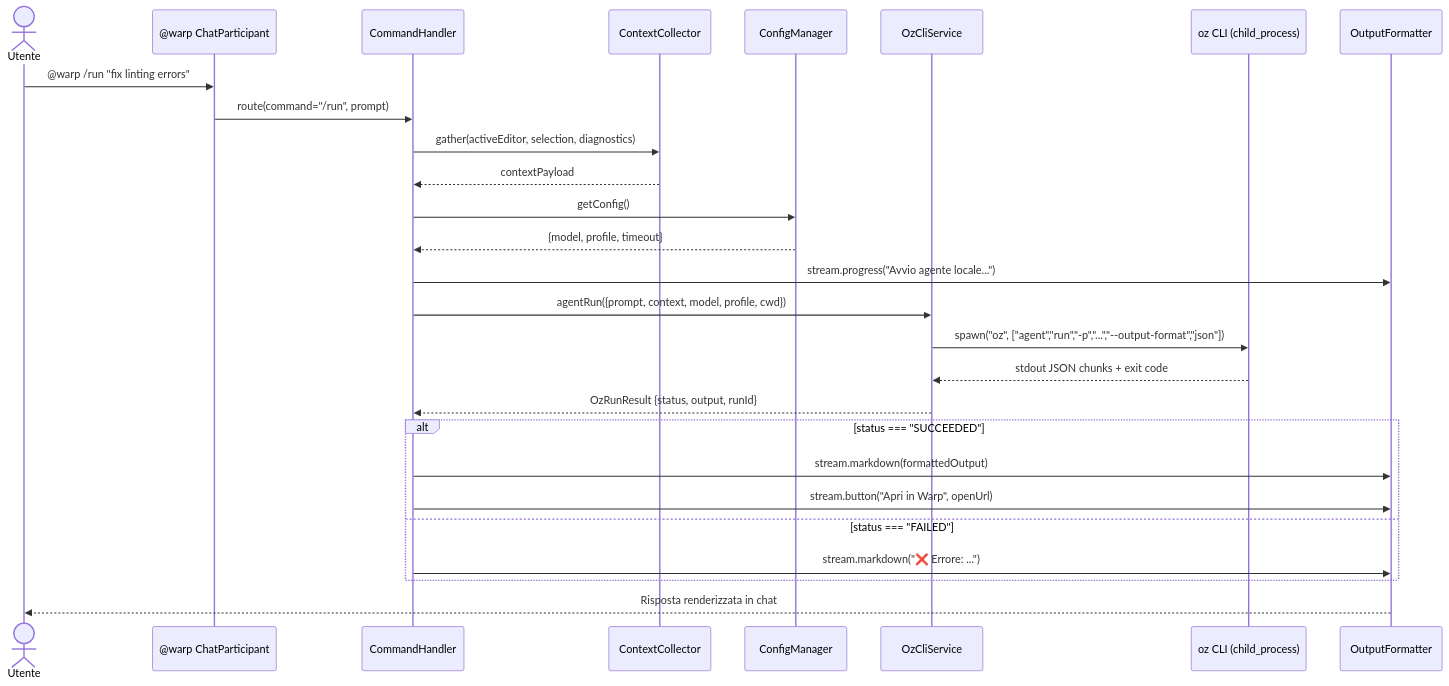
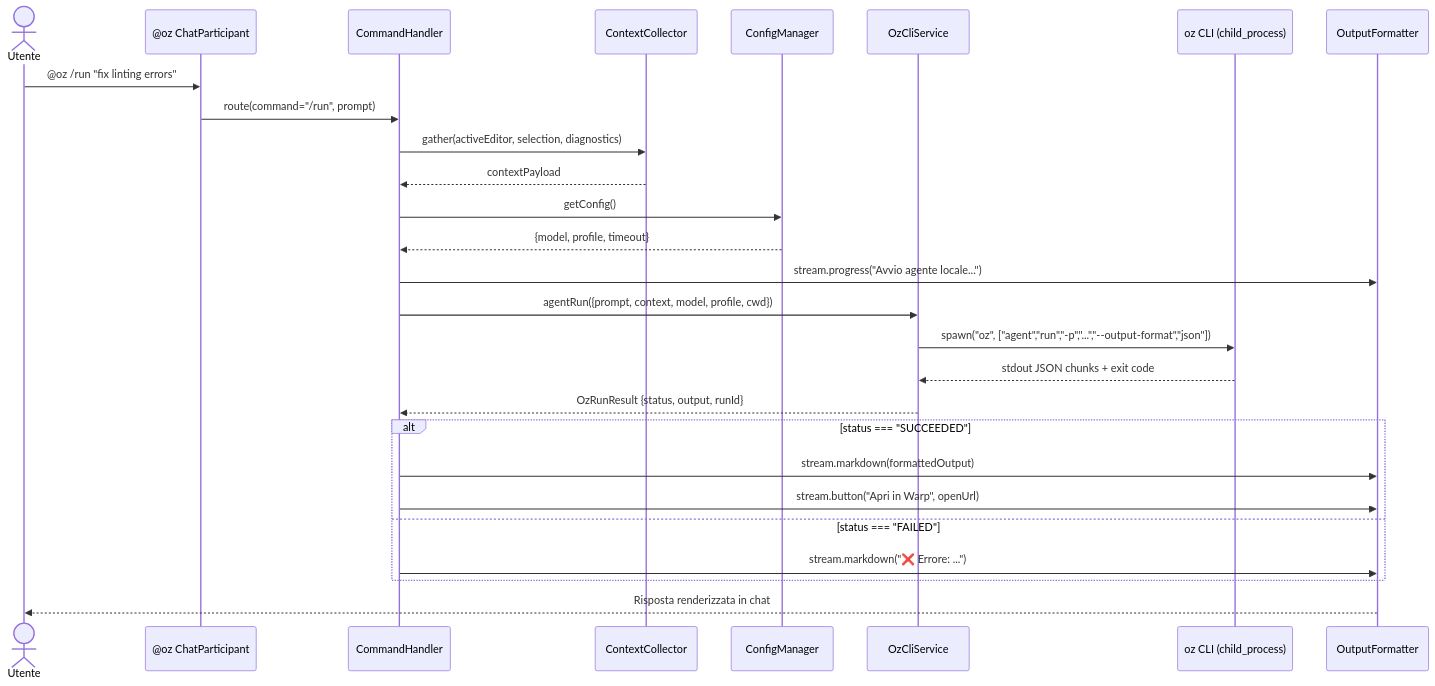
Before and after one commit to sena-labs/OzBridge: the second of 3 diagrams in docs/DESIGN.md, drawn with Mermaid. The commit also changed other lines of this file and 92 other files, not shown here.

````diff
--- a/docs/DESIGN.md
+++ b/docs/DESIGN.md
@@ -114,32 +114,32 @@
 ```mermaid
 sequenceDiagram
     actor U as Utente
-    participant CP as @warp ChatParticipant
+    participant CP as @oz ChatParticipant
     participant CH as CommandHandler
     participant CTX as ContextCollector
     participant CFG as ConfigManager
     participant CLI as OzCliService
     participant OZ as oz CLI (child_process)
     participant OUT as OutputFormatter
 
-    U->>CP: @warp /run "fix linting errors"
+    U->>CP: @oz /run "fix linting errors"
     CP->>CH: route(command="/run", prompt)
     CH->>CTX: gather(activeEditor, selection, diagnostics)
     CTX-->>CH: contextPayload
     CH->>CFG: getConfig()
     CFG-->>CH: {model, profile, timeout}
     CH->>OUT: stream.progress("Avvio agente locale...")
     CH->>CLI: agentRun({prompt, context, model, profile, cwd})
     CLI->>OZ: spawn("oz", ["agent","run","-p","...","--output-format","json"])
     OZ-->>CLI: stdout JSON chunks + exit code
     CLI-->>CH: OzRunResult {status, output, runId}
 
     alt status === "SUCCEEDED"
         CH->>OUT: stream.markdown(formattedOutput)
         CH->>OUT: stream.button("Apri in Warp", openUrl)
     else status === "FAILED"
         CH->>OUT: stream.markdown("❌ Errore: ...")
     end
 
     OUT-->>U: Risposta renderizzata in chat
 ```
````
